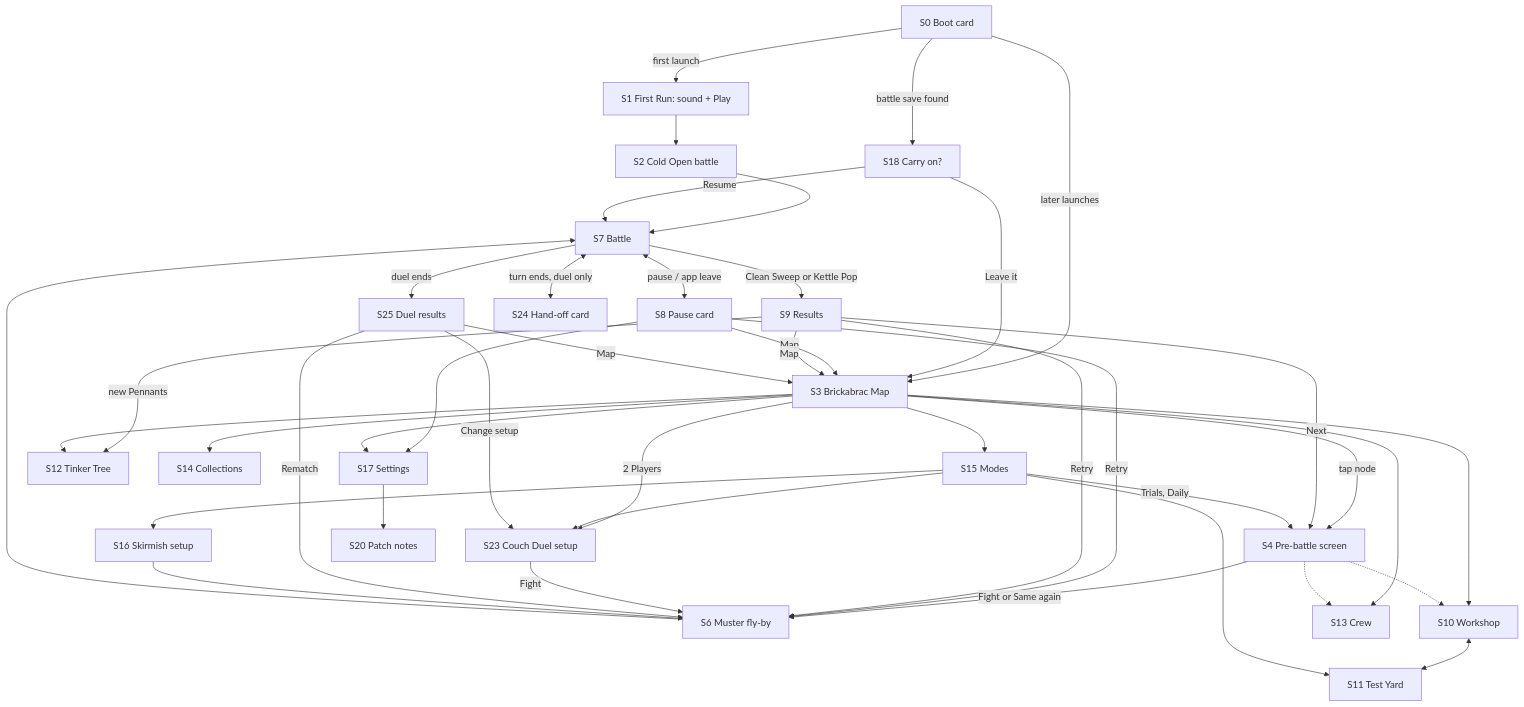
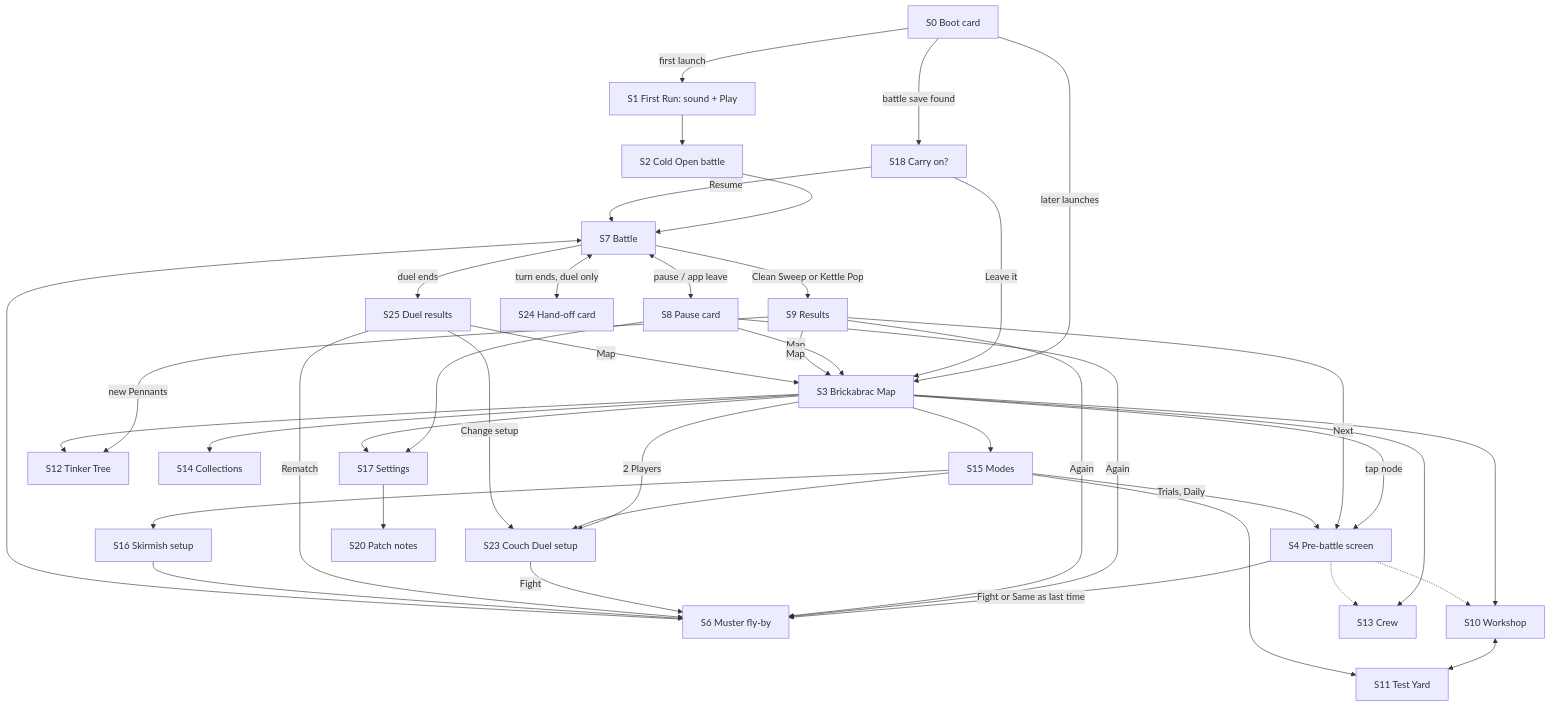
One commit to njarrar/CastleProtectLive changed the diagram in docs/design/07-ux-ui-audio.md. Above: the diagram before and after it, drawn with Mermaid. The commit also changed other lines of this file and 5264 other files, not shown here.

````diff
--- a/docs/design/07-ux-ui-audio.md
+++ b/docs/design/07-ux-ui-audio.md
@@ -104,46 +106,46 @@
 ```mermaid
 flowchart TD
     S0[S0 Boot card] -->|first launch| S1[S1 First Run: sound + Play]
     S0 -->|battle save found| S18[S18 Carry on?]
     S0 -->|later launches| S3[S3 Brickabrac Map]
     S1 --> S2[S2 Cold Open battle]
     S2 --> S7
     S18 -->|Resume| S7[S7 Battle]
     S18 -->|Leave it| S3
 
     S3 -->|tap node| S4[S4 Pre-battle screen]
-    S4 -->|Fight or Same again| S6[S6 Muster fly-by]
+    S4 -->|Fight or Same as last time| S6[S6 Muster fly-by]
     S6 --> S7
     S7 <-->|pause / app leave| S8[S8 Pause card]
-    S8 -->|Retry| S6
+    S8 -->|Again| S6
     S8 -->|Map| S3
     S8 --> S17[S17 Settings]
     S7 -->|Clean Sweep or Kettle Pop| S9[S9 Results]
     S9 -->|Next| S4
-    S9 -->|Retry| S6
+    S9 -->|Again| S6
     S9 -->|Map| S3
     S9 -->|new Pennants| S12[S12 Tinker Tree]
 
     S3 --> S10[S10 Workshop]
     S10 <--> S11[S11 Test Yard]
     S3 --> S12
     S3 --> S13[S13 Crew]
     S3 --> S14[S14 Collections]
     S3 --> S15[S15 Modes]
     S15 --> S16[S16 Skirmish setup]
     S3 -->|2 Players| S23[S23 Couch Duel setup]
     S15 --> S23
     S23 -->|Fight| S6
     S7 <-->|turn ends, duel only| S24[S24 Hand-off card]
     S7 -->|duel ends| S25[S25 Duel results]
     S25 -->|Rematch| S6
     S25 -->|Change setup| S23
     S25 -->|Map| S3
     S16 --> S6
     S15 --> S11
     S15 -->|Trials, Daily| S4
     S3 --> S17
     S17 --> S20[S20 Patch notes]
     S4 -.-> S10
     S4 -.-> S13
 ```
````
